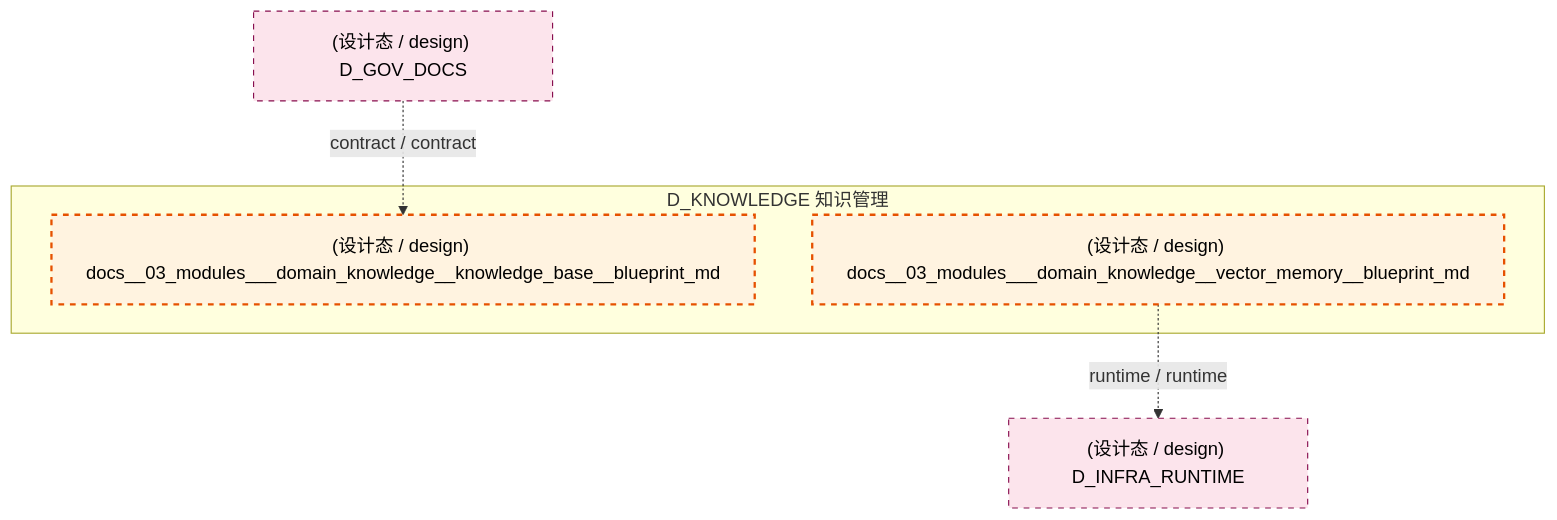
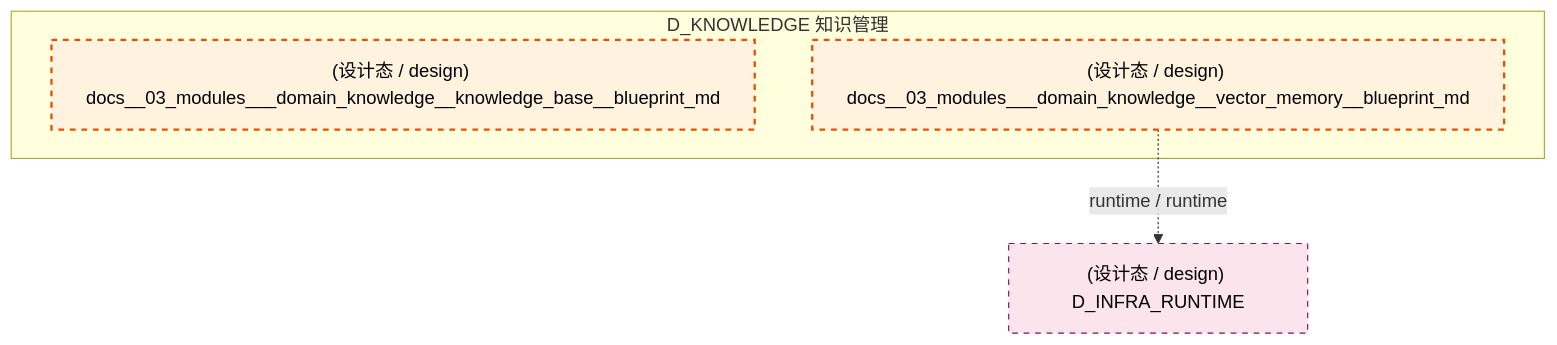
The third of 5 diagrams in docs/02_enterprise_architecture/02_domain_architecture_docs/48_d_knowledge.md (xuanFelixVan/ZephyrAlpha), drawn with Mermaid before and after one commit. The commit also changed other lines of this file and 125 other files, not shown here.

````diff
--- a/docs/02_enterprise_architecture/02_domain_architecture_docs/48_d_knowledge.md
+++ b/docs/02_enterprise_architecture/02_domain_architecture_docs/48_d_knowledge.md
@@ -217,17 +216,15 @@
 ```mermaid
 graph TD
     subgraph D_KNOWLEDGE["D_KNOWLEDGE 知识管理"]
         docs_03_modules_domain_knowledge_knowledge_base_blueprint_md["(设计态 / design) docs__03_modules___domain_knowledge__knowledge_base__blueprint_md"]
         docs_03_modules_domain_knowledge_vector_memory_blueprint_md["(设计态 / design) docs__03_modules___domain_knowledge__vector_memory__blueprint_md"]
     end
     D_INFRA_RUNTIME["(设计态 / design) D_INFRA_RUNTIME"]
     docs_03_modules_domain_knowledge_vector_memory_blueprint_md -.->|runtime / runtime| D_INFRA_RUNTIME
-    D_GOV_DOCS["(设计态 / design) D_GOV_DOCS"]
-    D_GOV_DOCS -.->|contract / contract| docs_03_modules_domain_knowledge_knowledge_base_blueprint_md
     classDef production fill:#e1f5fe,stroke:#01579b,stroke-width:2px,color:#000
     classDef design fill:#fff3e0,stroke:#e65100,stroke-width:2px,color:#000,stroke-dasharray: 5 5
     classDef external_prod fill:#e8f5e9,stroke:#1b5e20,stroke-width:1px,color:#000
     classDef external_design fill:#fce4ec,stroke:#880e4f,stroke-width:1px,color:#000,stroke-dasharray: 5 5
     class docs_03_modules_domain_knowledge_knowledge_base_blueprint_md,docs_03_modules_domain_knowledge_vector_memory_blueprint_md design
-    class D_INFRA_RUNTIME,D_GOV_DOCS external_design
+    class D_INFRA_RUNTIME external_design
 ```
````
